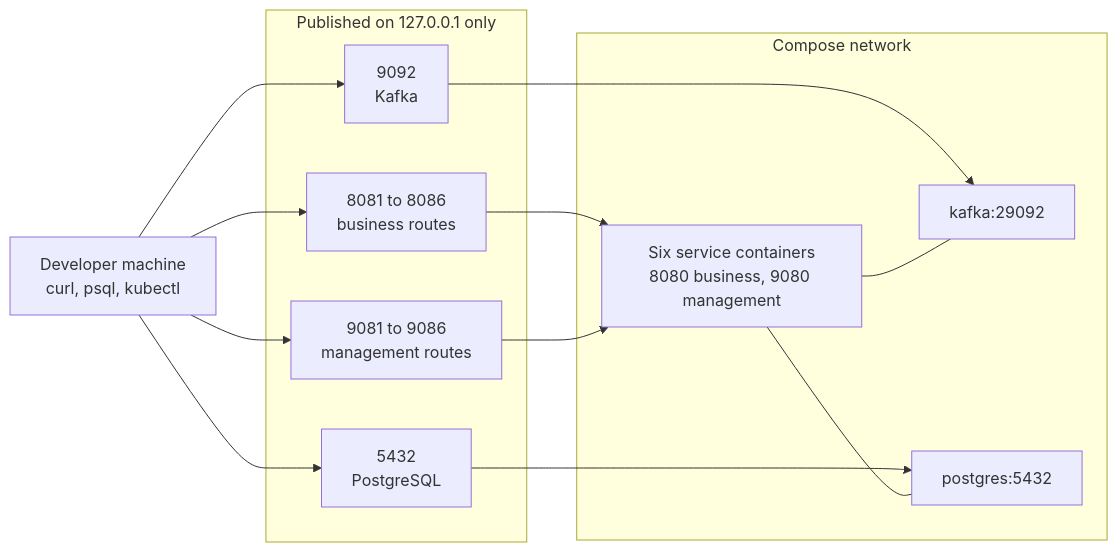
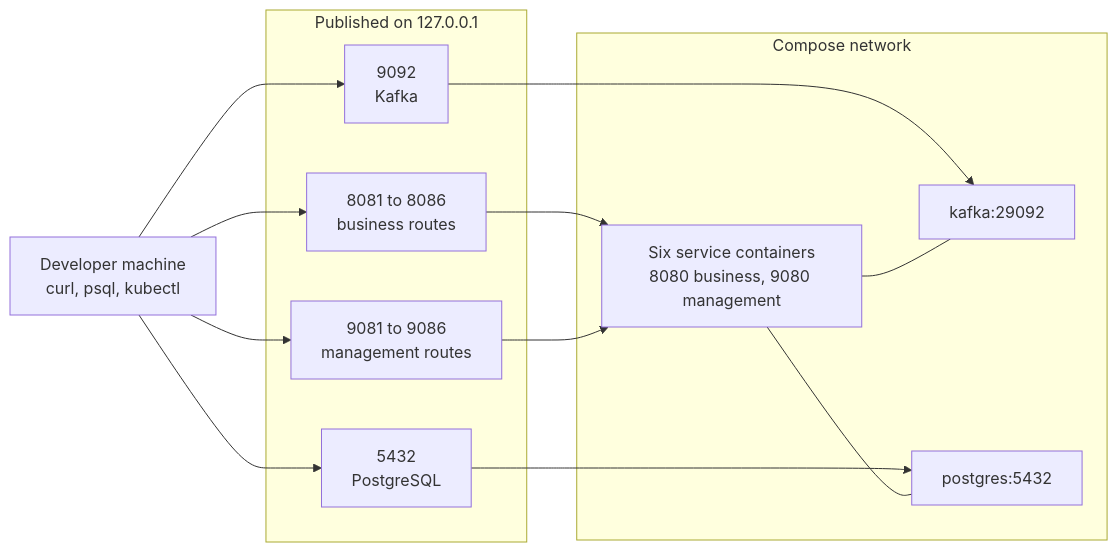
One commit to blitzy-public-samples/aws-carddemo-blitzy changed the diagram in card-platform/docs/onboarding.md. Above: the diagram before and after it, drawn with Mermaid. The commit also changed other lines of this file and 126 other files, not shown here.

````diff
--- a/card-platform/docs/onboarding.md
+++ b/card-platform/docs/onboarding.md
@@ -255,24 +255,24 @@
 ```mermaid
 graph LR
     DEV["Developer machine<br/>curl, psql, kubectl"]
 
-    subgraph HOST["Published on 127.0.0.1 only"]
+    subgraph HOST["Published on 127.0.0.1"]
         BUS["8081 to 8086<br/>business routes"]
         MGMT["9081 to 9086<br/>management routes"]
         KHOST["9092<br/>Kafka"]
         DHOST["5432<br/>PostgreSQL"]
     end
 
     subgraph NET["Compose network"]
         SVC["Six service containers<br/>8080 business, 9080 management"]
         KAFKA["kafka:29092"]
         DB["postgres:5432"]
     end
 
     DEV --> BUS --> SVC
     DEV --> MGMT --> SVC
     DEV --> KHOST --> KAFKA
     DEV --> DHOST --> DB
     SVC --- KAFKA
     SVC --- DB
 ```
````
